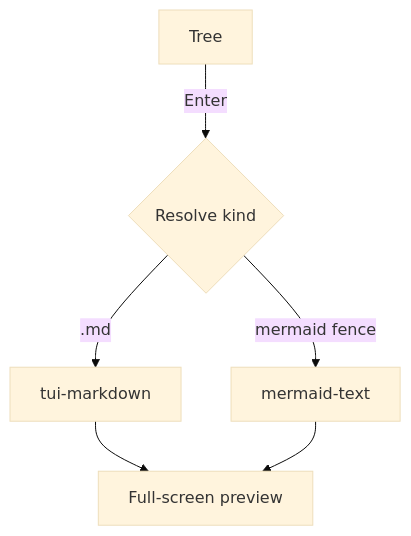
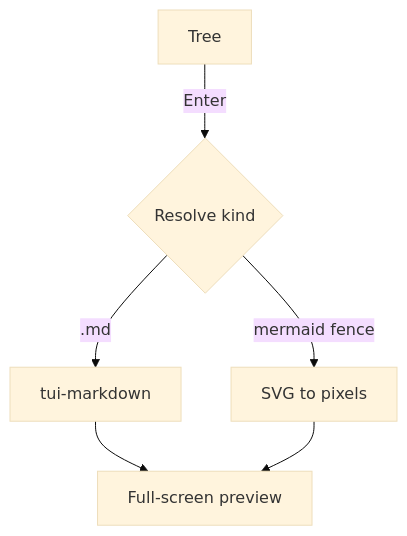
One commit to LESIM-Co-Ltd/konoma changed the diagram in samples/markdown.md. Above: the diagram before and after it, drawn with Mermaid (base theme). The commit also changed other lines of this file and 10 other files, not shown here.

````diff
--- a/samples/markdown.md
+++ b/samples/markdown.md
@@ -119,8 +119,8 @@
 ```mermaid
 graph TD
   A[Tree] -->|Enter| B{Resolve kind}
   B -->|.md| C[tui-markdown]
-  B -->|mermaid fence| D[mermaid-text]
+  B -->|mermaid fence| D[SVG to pixels]
   C --> E[Full-screen preview]
   D --> E
 ```
````
